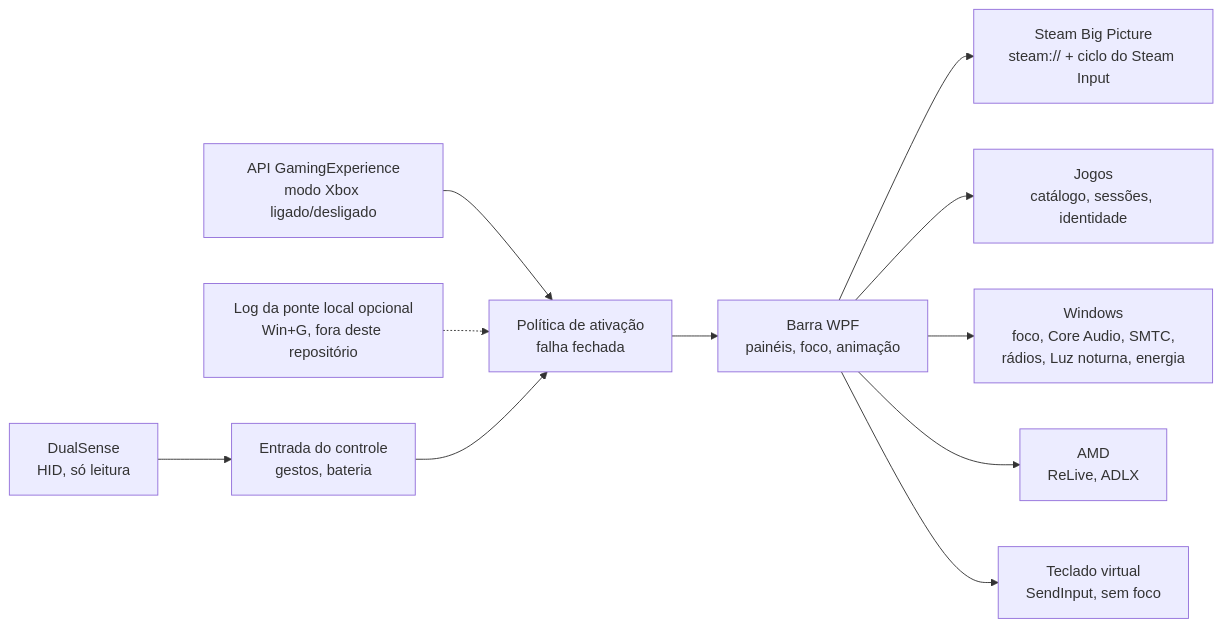
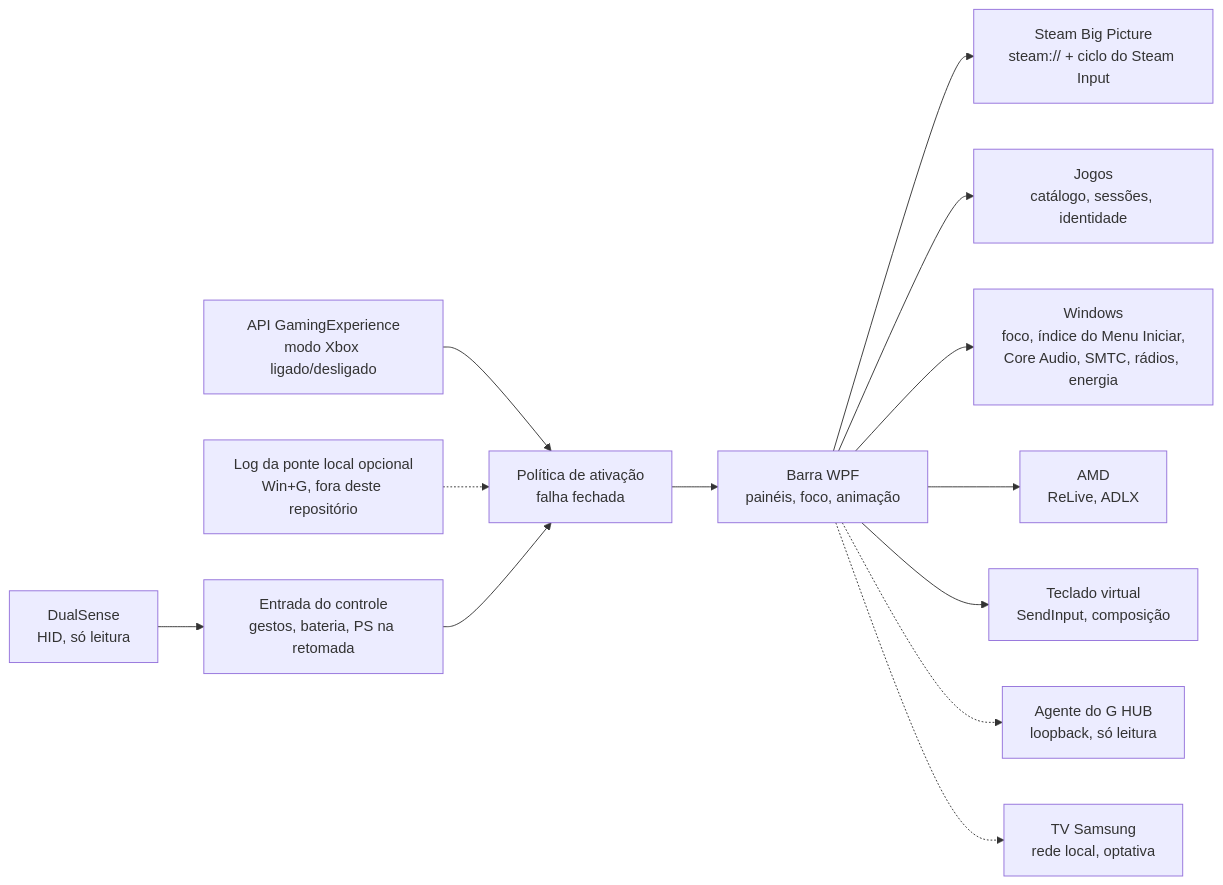
The diagram in README.pt-BR.md (Sitr3n01/XGB_P), drawn with Mermaid before and after one commit. The commit also changed other lines of this file and 177 other files, not shown here.

````diff
--- a/README.pt-BR.md
+++ b/README.pt-BR.md
@@ -58,12 +90,14 @@
 ```mermaid
 flowchart LR
-    P["DualSense<br/>HID, só leitura"] --> C["Entrada do controle<br/>gestos, bateria"]
+    P["DualSense<br/>HID, só leitura"] --> C["Entrada do controle<br/>gestos, bateria, PS na retomada"]
     F["API GamingExperience<br/>modo Xbox ligado/desligado"] --> A["Política de ativação<br/>falha fechada"]
     B["Log da ponte local opcional<br/>Win+G, fora deste repositório"] -.-> A
     C --> A --> U["Barra WPF<br/>painéis, foco, animação"]
     U --> S["Steam Big Picture<br/>steam:// + ciclo do Steam Input"]
     U --> G["Jogos<br/>catálogo, sessões, identidade"]
-    U --> W["Windows<br/>foco, Core Audio, SMTC,<br/>rádios, Luz noturna, energia"]
+    U --> W["Windows<br/>foco, índice do Menu Iniciar,<br/>Core Audio, SMTC, rádios, energia"]
     U --> R["AMD<br/>ReLive, ADLX"]
-    U --> K["Teclado virtual<br/>SendInput, sem foco"]
+    U --> K["Teclado virtual<br/>SendInput, composição"]
+    U -.-> H["Agente do G HUB<br/>loopback, só leitura"]
+    U -.-> T["TV Samsung<br/>rede local, optativa"]
 ```
````
